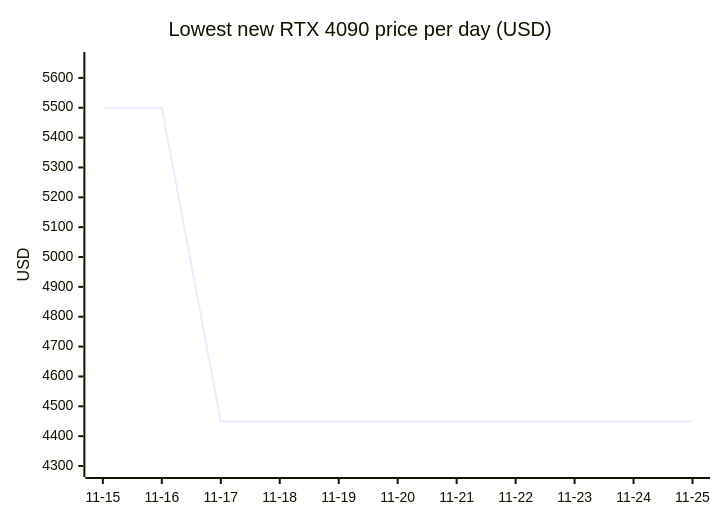
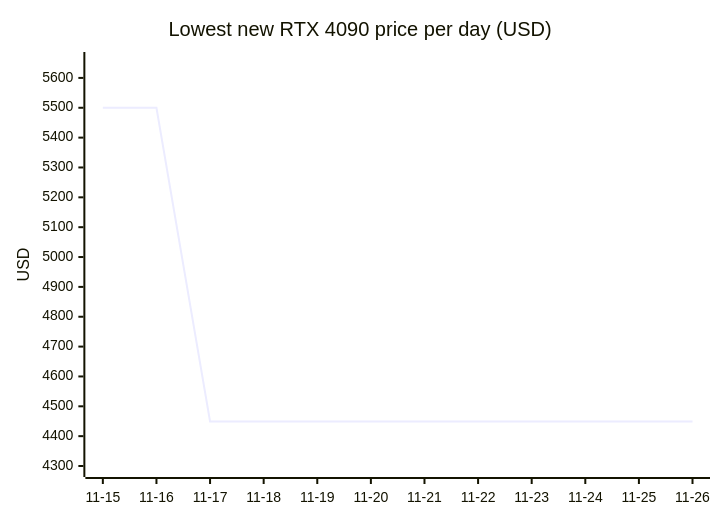
The seventh of 18 diagrams in README.md (7324136828/4tb_ssd_price_watch), drawn with Mermaid before and after one commit. The commit also changed other lines of this file, not shown here.

````diff
--- a/README.md
+++ b/README.md
@@ -957,7 +986,7 @@
 ```mermaid
 xychart-beta
     title "Lowest new RTX 4090 price per day (USD)"
-    x-axis ["11-15", "11-16", "11-17", "11-18", "11-19", "11-20", "11-21", "11-22", "11-23", "11-24", "11-25"]
+    x-axis ["11-15", "11-16", "11-17", "11-18", "11-19", "11-20", "11-21", "11-22", "11-23", "11-24", "11-25", "11-26"]
     y-axis "USD" 4290 --> 5660
-    line [5500.00, 5500.00, 4449.00, 4449.00, 4449.00, 4449.00, 4449.00, 4449.00, 4449.00, 4449.00, 4449.00]
+    line [5500.00, 5500.00, 4449.00, 4449.00, 4449.00, 4449.00, 4449.00, 4449.00, 4449.00, 4449.00, 4449.00, 4449.00]
 ```
````
